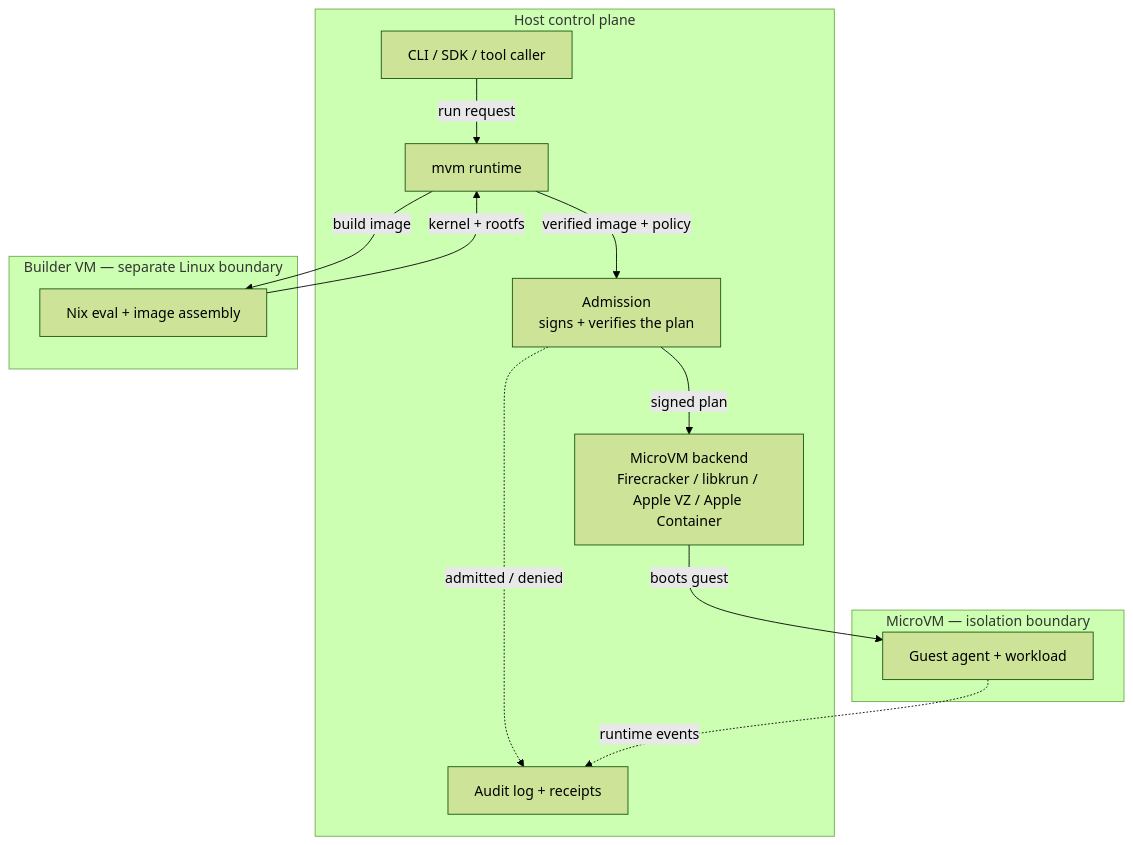
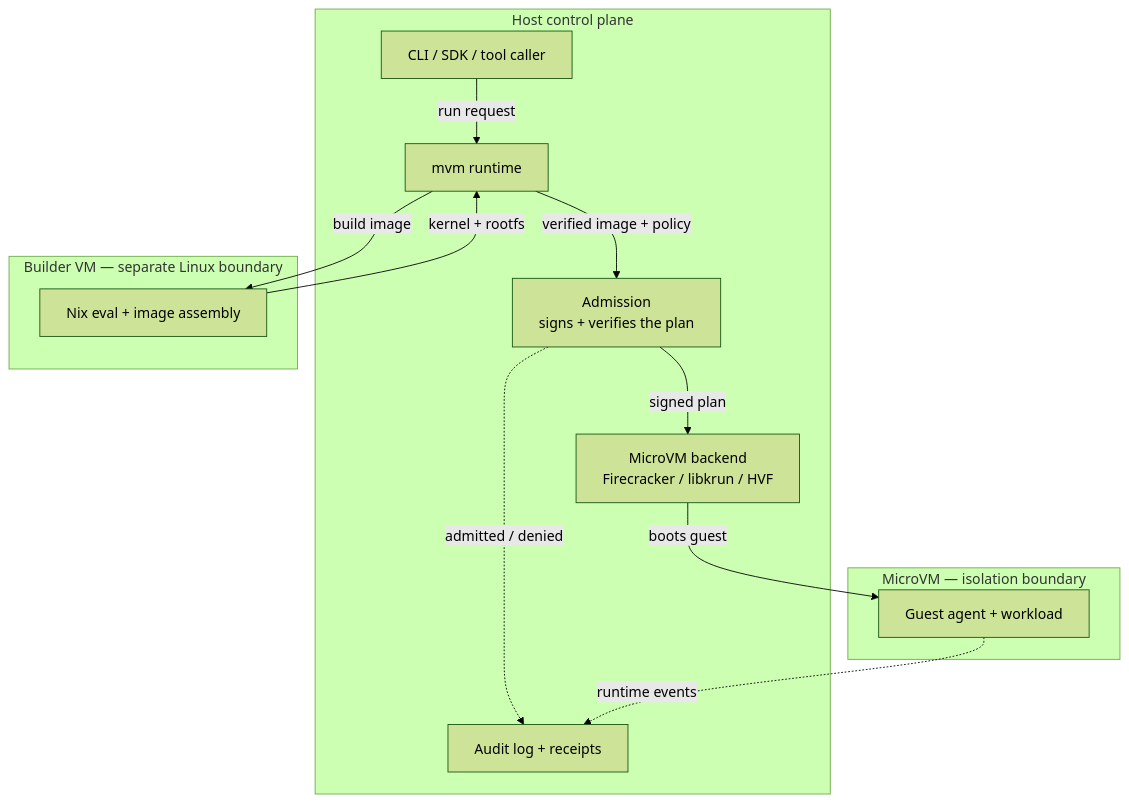
One commit to tinylabscom/mvm changed the third of 3 diagrams in public/src/content/blog/secure-by-design-microvms-and-nix.md. Above: the diagram before and after it, drawn with Mermaid (forest theme). The commit also changed 95 other files, not shown here.

````diff
--- a/public/src/content/blog/secure-by-design-microvms-and-nix.md
+++ b/public/src/content/blog/secure-by-design-microvms-and-nix.md
@@ -100,27 +100,27 @@
 ```mermaid
 flowchart TB
   subgraph host["Host control plane"]
     User["CLI / SDK / tool caller"]
     Runtime["mvm runtime"]
     Admission["Admission<br/>signs + verifies the plan"]
-    Backend["MicroVM backend<br/>Firecracker / libkrun / Apple VZ / Apple Container"]
+    Backend["MicroVM backend<br/>Firecracker / libkrun / HVF"]
     Audit["Audit log + receipts"]
   end
 
   subgraph builder["Builder VM — separate Linux boundary"]
     Build["Nix eval + image assembly"]
   end
 
   subgraph micro["MicroVM — isolation boundary"]
     Guest["Guest agent + workload"]
   end
 
   User -->|"run request"| Runtime
   Runtime -->|"build image"| Build
   Build -->|"kernel + rootfs"| Runtime
   Runtime -->|"verified image + policy"| Admission
   Admission -->|"signed plan"| Backend
   Backend -->|"boots guest"| Guest
   Admission -.->|"admitted / denied"| Audit
   Guest -.->|"runtime events"| Audit
 ```
````
